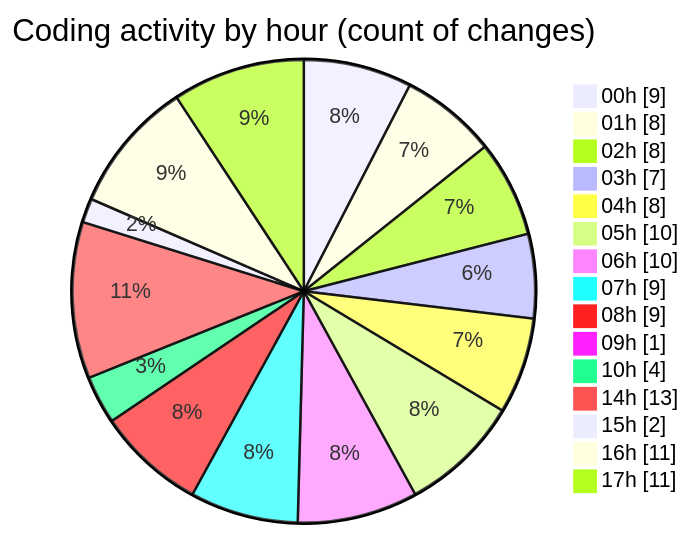
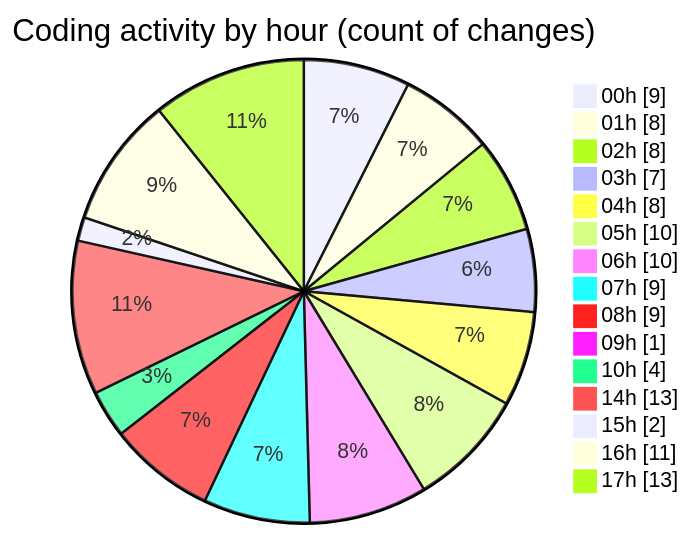
The second of 2 diagrams in 2025-07-14/telebot/README.md (jrari/code-tracking), drawn with Mermaid before and after one commit. The commit also changed other lines of this file and 1 other file, not shown here.

````diff
--- a/2025-07-14/telebot/README.md
+++ b/2025-07-14/telebot/README.md
@@ -74,19 +75,19 @@
 ```mermaid
 pie showData
 title Coding activity by hour (count of changes)
 "00h" : 9
 "01h" : 8
 "02h" : 8
 "03h" : 7
 "04h" : 8
 "05h" : 10
 "06h" : 10
 "07h" : 9
 "08h" : 9
 "09h" : 1
 "10h" : 4
 "14h" : 13
 "15h" : 2
 "16h" : 11
-"17h" : 11
+"17h" : 13
 ```
````
